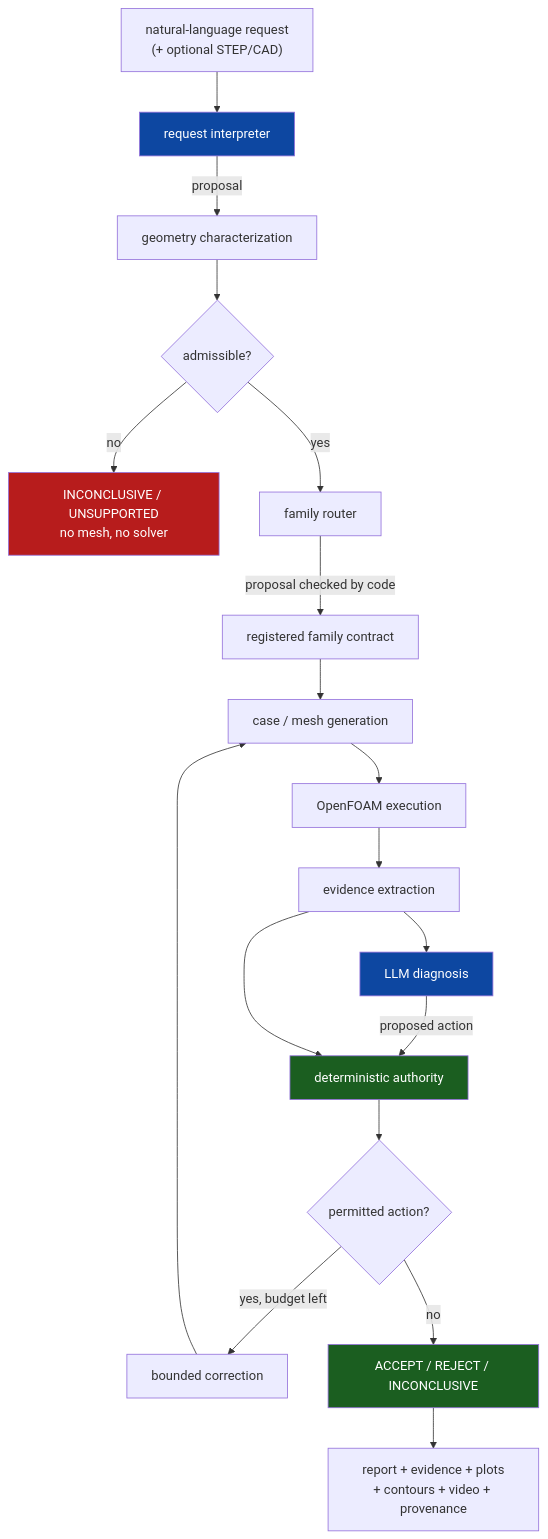
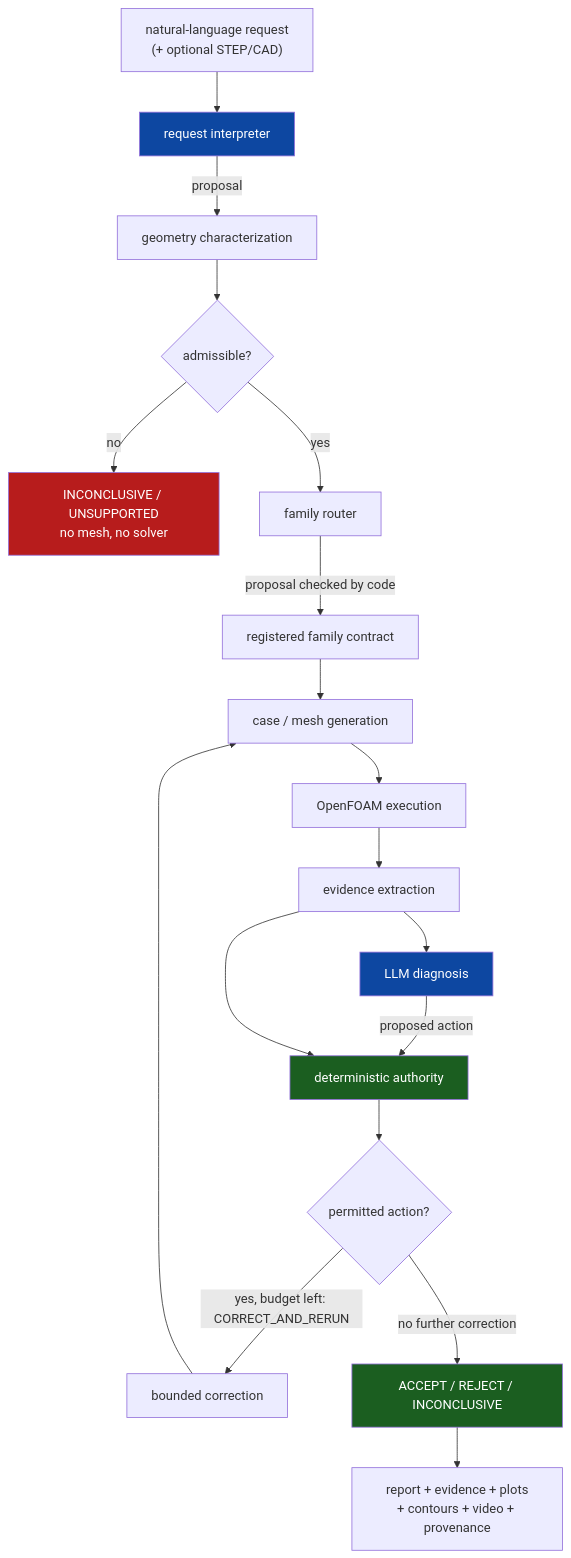
Before and after one commit to aakashoza31/physics-constrained-cfd-agent: the diagram in docs/architecture.md, drawn with Mermaid. The commit also changed other lines of this file and 262 other files, not shown here.

````diff
--- a/docs/architecture.md
+++ b/docs/architecture.md
@@ -6,25 +6,25 @@
 ```mermaid
 flowchart TD
     A["natural-language request<br/>(+ optional STEP/CAD)"] --> B[request interpreter]
     B -->|proposal| C[geometry characterization]
     C --> D{admissible?}
     D -->|no| X["INCONCLUSIVE / UNSUPPORTED<br/>no mesh, no solver"]
     D -->|yes| E[family router]
     E -->|proposal checked by code| F[registered family contract]
     F --> G[case / mesh generation]
     G --> H[OpenFOAM execution]
     H --> I[evidence extraction]
     I --> J[LLM diagnosis]
     J -->|proposed action| K[deterministic authority]
     I --> K
     K --> L{permitted action?}
-    L -->|yes, budget left| M[bounded correction] --> G
-    L -->|no| N["ACCEPT / REJECT / INCONCLUSIVE"]
+    L -->|"yes, budget left: CORRECT_AND_RERUN"| M[bounded correction] --> G
+    L -->|no further correction| N["ACCEPT / REJECT / INCONCLUSIVE"]
     N --> O["report + evidence + plots<br/>+ contours + video + provenance"]
 
     style K fill:#1b5e20,color:#fff
     style N fill:#1b5e20,color:#fff
     style B fill:#0d47a1,color:#fff
     style J fill:#0d47a1,color:#fff
     style X fill:#b71c1c,color:#fff
 ```
````
